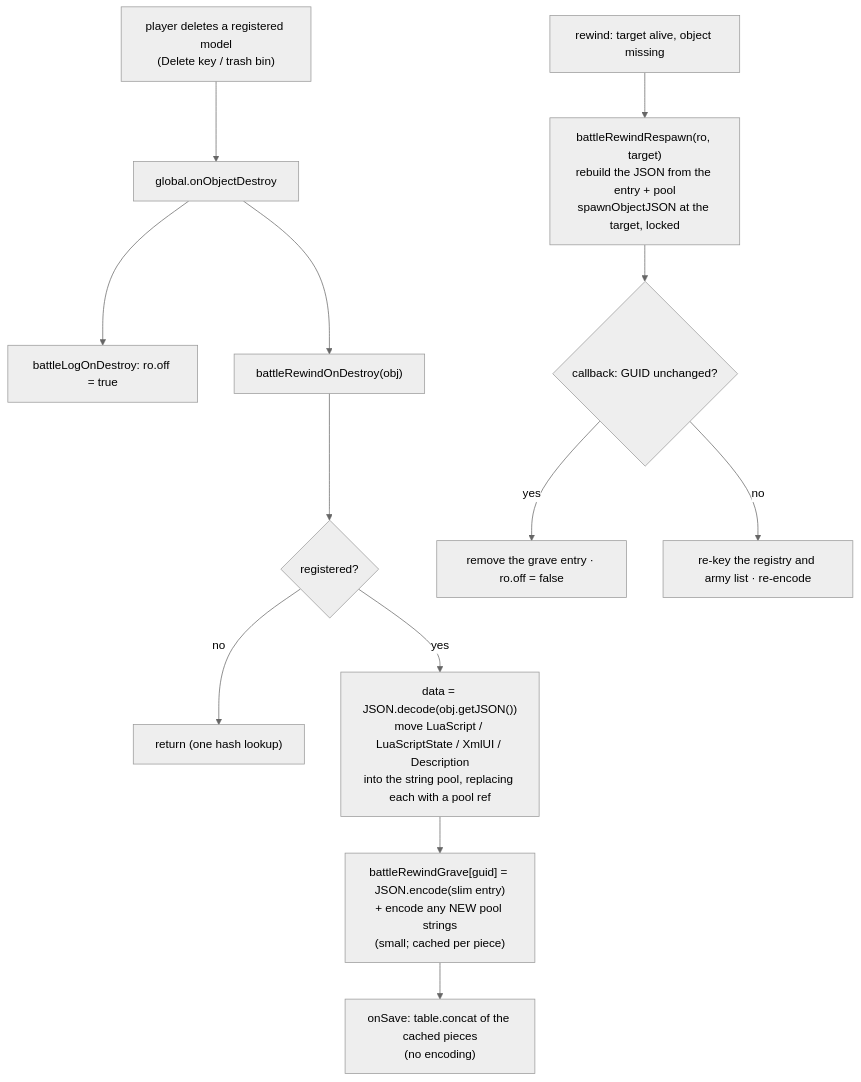
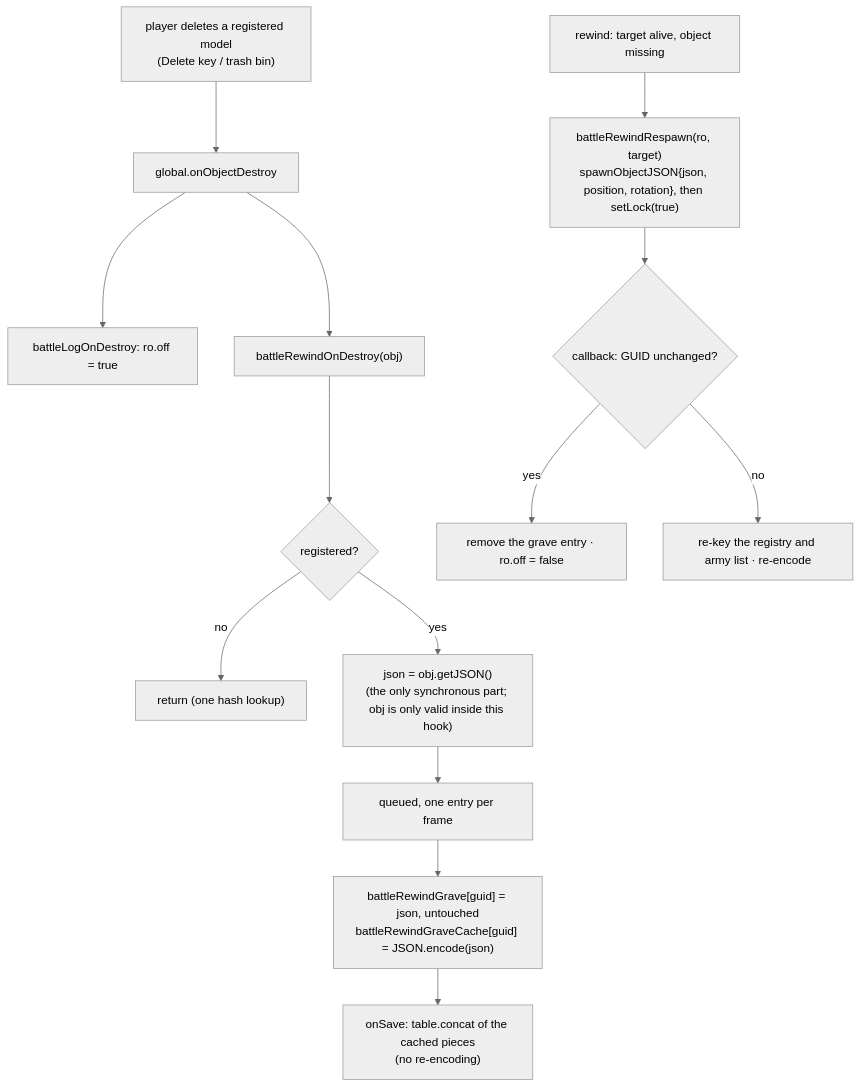
The ninth of 10 diagrams in docs/battle-log-rewind-architecture.md (Tzabari/lct), drawn with Mermaid (neutral theme) before and after one commit. The commit also changed other lines of this file and 1 other file, not shown here.

First line of the commit message:
Fix delete-time freeze: never parse the graveyard's JSON at all

````diff
--- a/docs/battle-log-rewind-architecture.md
+++ b/docs/battle-log-rewind-architecture.md
@@ -391,16 +391,17 @@
 ```mermaid
 flowchart TB
   DEL["player deletes a registered model<br/>(Delete key / trash bin)"] --> H["global.onObjectDestroy"]
   H --> L1["battleLogOnDestroy: ro.off = true"]
   H --> R1["battleRewindOnDestroy(obj)"]
   R1 --> Q{"registered?"}
   Q -->|no| Z["return (one hash lookup)"]
-  Q -->|yes| J["data = JSON.decode(obj.getJSON())<br/>move LuaScript / LuaScriptState / XmlUI / Description<br/>into the string pool, replacing each with a pool ref"]
-  J --> E["battleRewindGrave[guid] = JSON.encode(slim entry)<br/>+ encode any NEW pool strings<br/>(small; cached per piece)"]
-  E --> SV["onSave: table.concat of the cached pieces<br/>(no encoding)"]
+  Q -->|yes| G["json = obj.getJSON()<br/>(the only synchronous part; obj is only valid inside this hook)"]
+  G --> QU["queued, one entry per frame"]
+  QU --> E["battleRewindGrave[guid] = json, untouched<br/>battleRewindGraveCache[guid] = JSON.encode(json)"]
+  E --> SV["onSave: table.concat of the cached pieces<br/>(no re-encoding)"]
 
-  RW["rewind: target alive, object missing"] --> SP["battleRewindRespawn(ro, target)<br/>rebuild the JSON from the entry + pool<br/>spawnObjectJSON at the target, locked"]
+  RW["rewind: target alive, object missing"] --> SP["battleRewindRespawn(ro, target)<br/>spawnObjectJSON{json, position, rotation}, then setLock(true)"]
   SP --> CB{"callback: GUID unchanged?"}
   CB -->|yes| OK["remove the grave entry · ro.off = false"]
   CB -->|no| RK["re-key the registry and army list · re-encode"]
 ```
````
